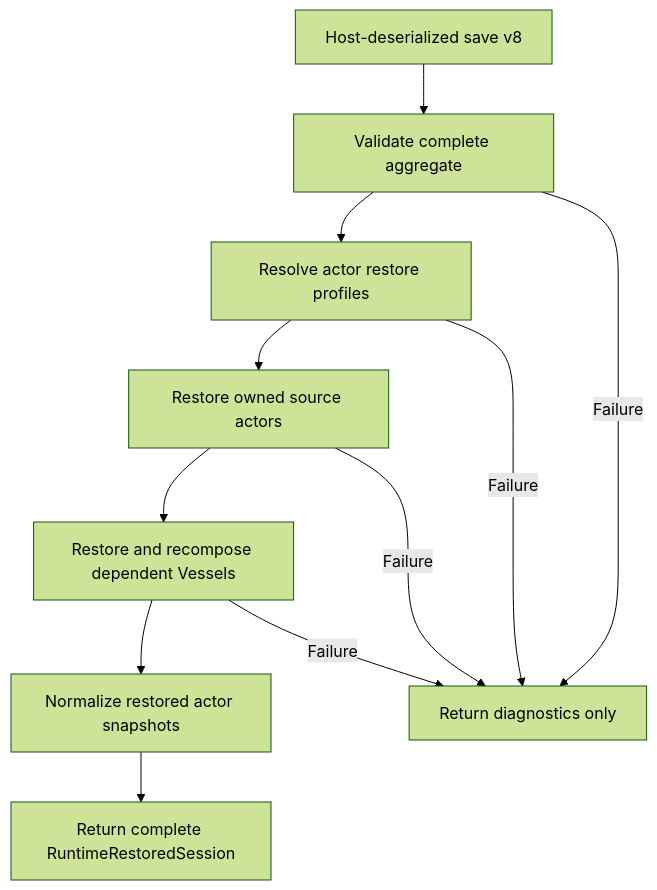
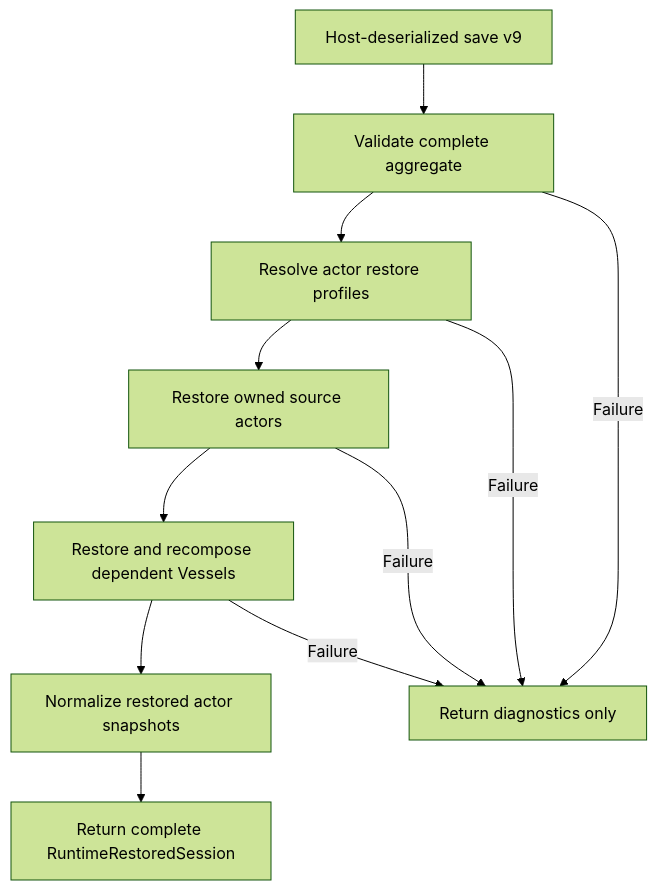
One commit to KayelC/Convergence changed the fifth of 5 diagrams in docs/developer-guide/actors-and-runtime-state.md. Above: the diagram before and after it, drawn with Mermaid (forest theme). The commit also changed other lines of this file and 38 other files, not shown here.

````diff
--- a/docs/developer-guide/actors-and-runtime-state.md
+++ b/docs/developer-guide/actors-and-runtime-state.md
@@ -331,13 +336,13 @@
 ```mermaid
 flowchart TD
-    Save["Host-deserialized save v8"] --> Validate["Validate complete aggregate"]
+    Save["Host-deserialized save v9"] --> Validate["Validate complete aggregate"]
     Validate --> Profiles["Resolve actor restore profiles"]
     Profiles --> Sources["Restore owned source actors"]
     Sources --> Vessels["Restore and recompose dependent Vessels"]
     Vessels --> Normalize["Normalize restored actor snapshots"]
     Normalize --> Session["Return complete RuntimeRestoredSession"]
     Validate -->|Failure| Reject["Return diagnostics only"]
     Profiles -->|Failure| Reject
     Sources -->|Failure| Reject
     Vessels -->|Failure| Reject
 ```
````
